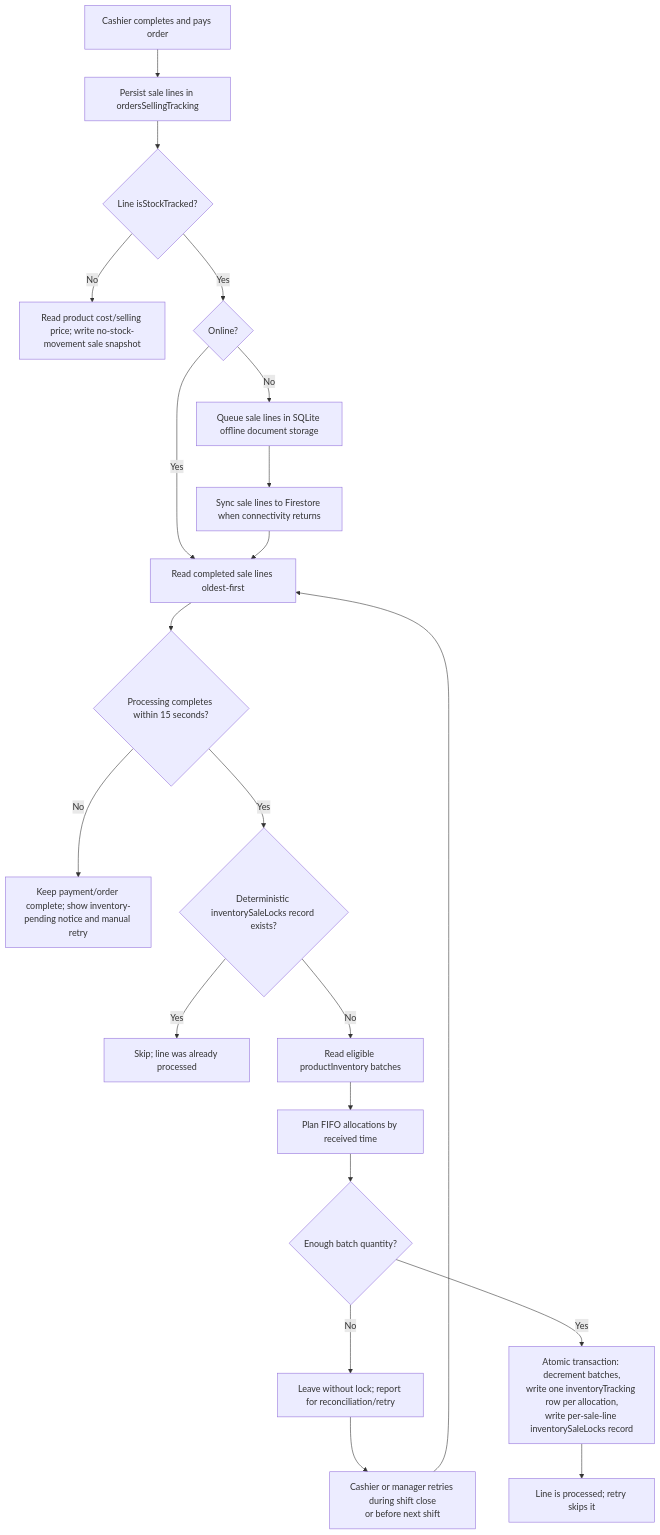
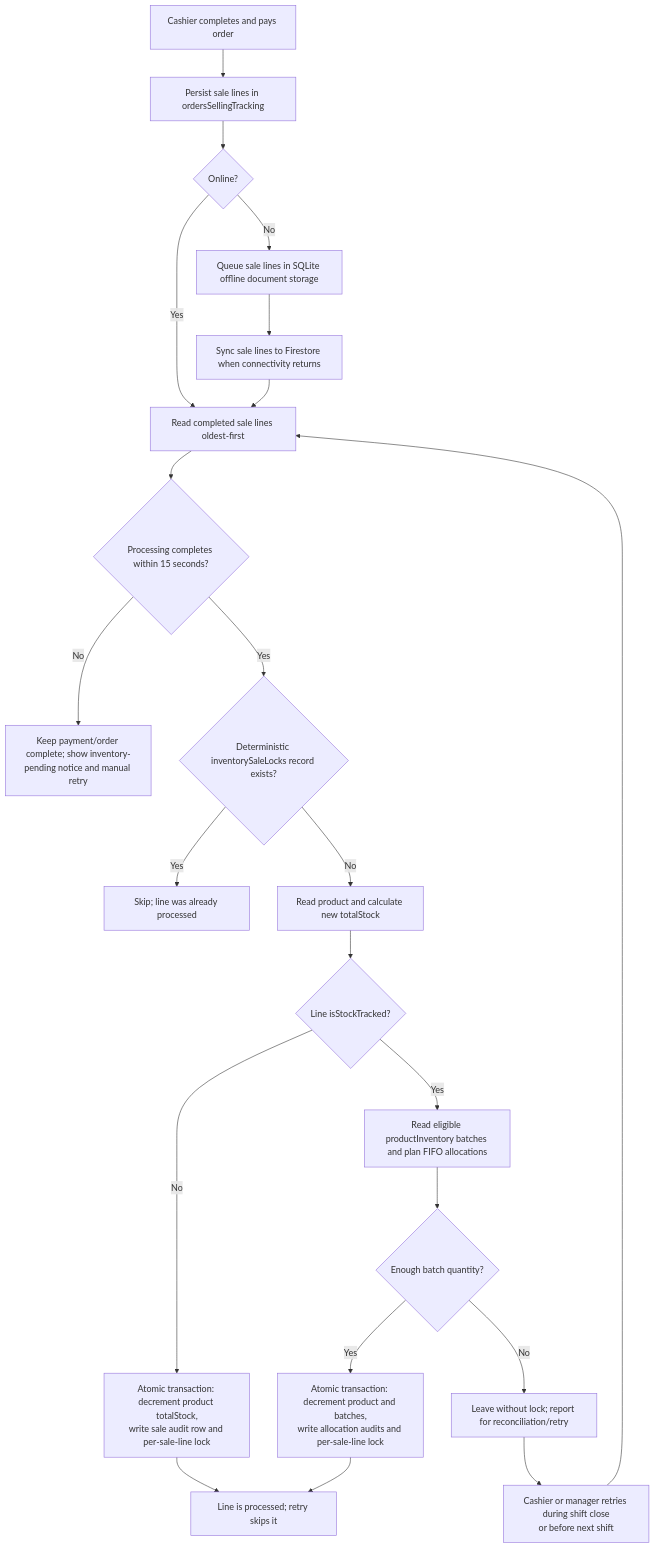
The diagram in docs/offline-reconciliation-flow.md (jaspervborcena/tovrika), drawn with Mermaid before and after one commit. The commit also changed other lines of this file and 4 other files, not shown here.

Commit message:
Deduct product stock for all completed sales

````diff
--- a/docs/offline-reconciliation-flow.md
+++ b/docs/offline-reconciliation-flow.md
@@ -5,25 +5,26 @@
 ```mermaid
 flowchart TD
     A[Cashier completes and pays order] --> B[Persist sale lines in ordersSellingTracking]
-    B --> C{Line isStockTracked?}
-    C -- No --> D[Read product cost/selling price; write no-stock-movement sale snapshot]
-    C -- Yes --> E{Online?}
-    E -- Yes --> F[Read completed sale lines oldest-first]
-    E -- No --> G[Queue sale lines in SQLite offline document storage]
+    B --> C{Online?}
+    C -- Yes --> F[Read completed sale lines oldest-first]
+    C -- No --> G[Queue sale lines in SQLite offline document storage]
     G --> H[Sync sale lines to Firestore when connectivity returns]
     H --> F
 
     F --> R{Processing completes within 15 seconds?}
     R -- No --> S[Keep payment/order complete; show inventory-pending notice and manual retry]
     R -- Yes --> I{Deterministic inventorySaleLocks record exists?}
     I -- Yes --> J[Skip; line was already processed]
-    I -- No --> K[Read eligible productInventory batches]
-    K --> L[Plan FIFO allocations by received time]
-    L --> M{Enough batch quantity?}
-    M -- No --> N[Leave without lock; report for reconciliation/retry]
-    M -- Yes --> O[Atomic transaction: decrement batches,\nwrite one inventoryTracking row per allocation,\nwrite per-sale-line inventorySaleLocks record]
-    O --> P[Line is processed; retry skips it]
+    I -- No --> K[Read product and calculate new totalStock]
+    K --> L{Line isStockTracked?}
+    L -- No --> M[Atomic transaction: decrement product totalStock,\nwrite sale audit row and per-sale-line lock]
+    L -- Yes --> N[Read eligible productInventory batches and plan FIFO allocations]
+    N --> O{Enough batch quantity?}
+    O -- No --> P[Leave without lock; report for reconciliation/retry]
+    O -- Yes --> Q[Atomic transaction: decrement product and batches,\nwrite allocation audits and per-sale-line lock]
+    M --> T[Line is processed; retry skips it]
+    Q --> T
 
-    N --> Q[Cashier or manager retries during shift close\nor before next shift]
-    Q --> F
+    P --> U[Cashier or manager retries during shift close\nor before next shift]
+    U --> F
 ```
````
